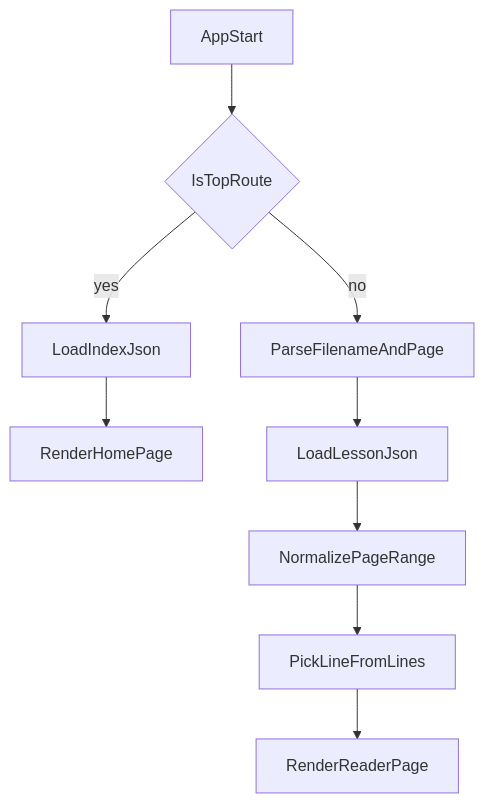
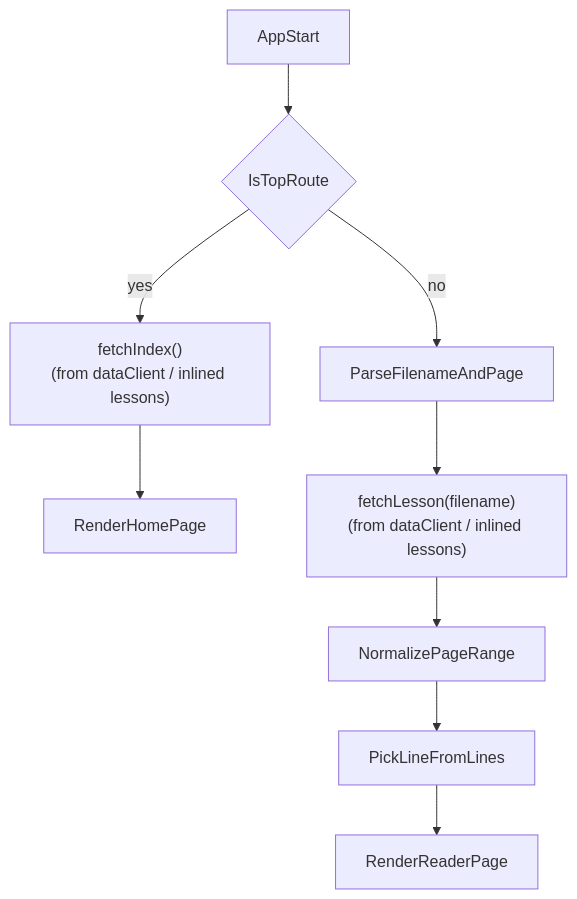
The second of 4 diagrams in Documents/Architecture.md (kamiyn/italyshadowing), drawn with Mermaid before and after one commit.

````diff
--- a/Documents/Architecture.md
+++ b/Documents/Architecture.md
@@ -135,11 +135,11 @@
 ```mermaid
 flowchart TD
     appStart[AppStart] --> routeCheck{IsTopRoute}
-    routeCheck -->|yes| loadIndex[LoadIndexJson]
-    loadIndex --> showList[RenderHomePage]
+    routeCheck -->|yes| fetchIndex["fetchIndex()<br/>(from dataClient / inlined lessons)"]
+    fetchIndex --> showList[RenderHomePage]
     routeCheck -->|no| parseRoute[ParseFilenameAndPage]
-    parseRoute --> loadLesson[LoadLessonJson]
-    loadLesson --> normalizePage[NormalizePageRange]
+    parseRoute --> fetchLesson["fetchLesson(filename)<br/>(from dataClient / inlined lessons)"]
+    fetchLesson --> normalizePage[NormalizePageRange]
     normalizePage --> pickLine[PickLineFromLines]
     pickLine --> renderLesson[RenderReaderPage]
 ```
````
